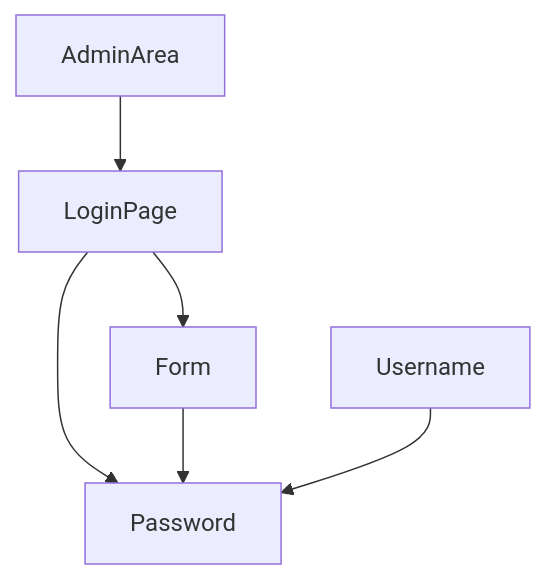
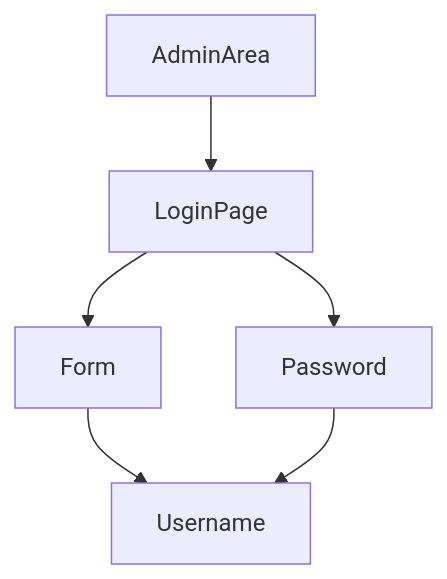
One commit to HeidiJay/Content-Management-System changed the second of 3 diagrams in README.md. Above: the diagram before and after it, drawn with Mermaid.

Commit message:
readme test 1.2 mapping

````diff
--- a/README.md
+++ b/README.md
@@ -9,9 +9,8 @@
 ```mermaid
 graph TD;
     AdminArea-->LoginPage;
     LoginPage-->Form;
     LoginPage-->Password;
-    Form-->Password;
-    Username-->Password;
-
+    Form-->Username;
+    Password-->Username;
 ```
````
